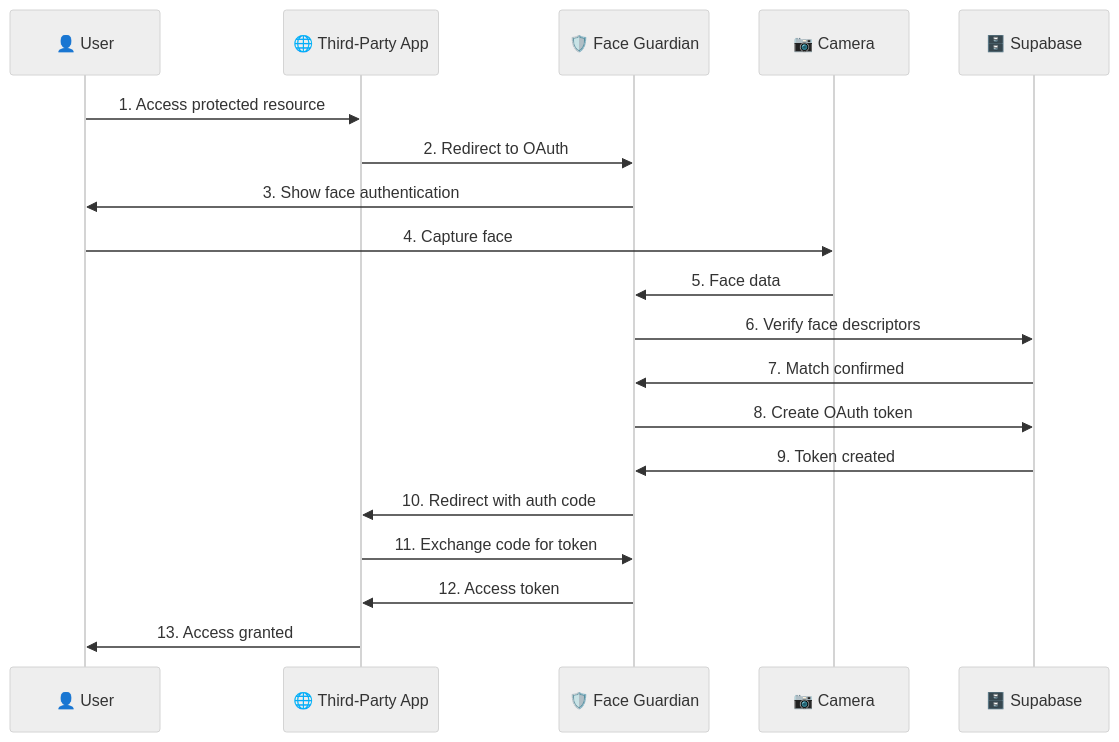
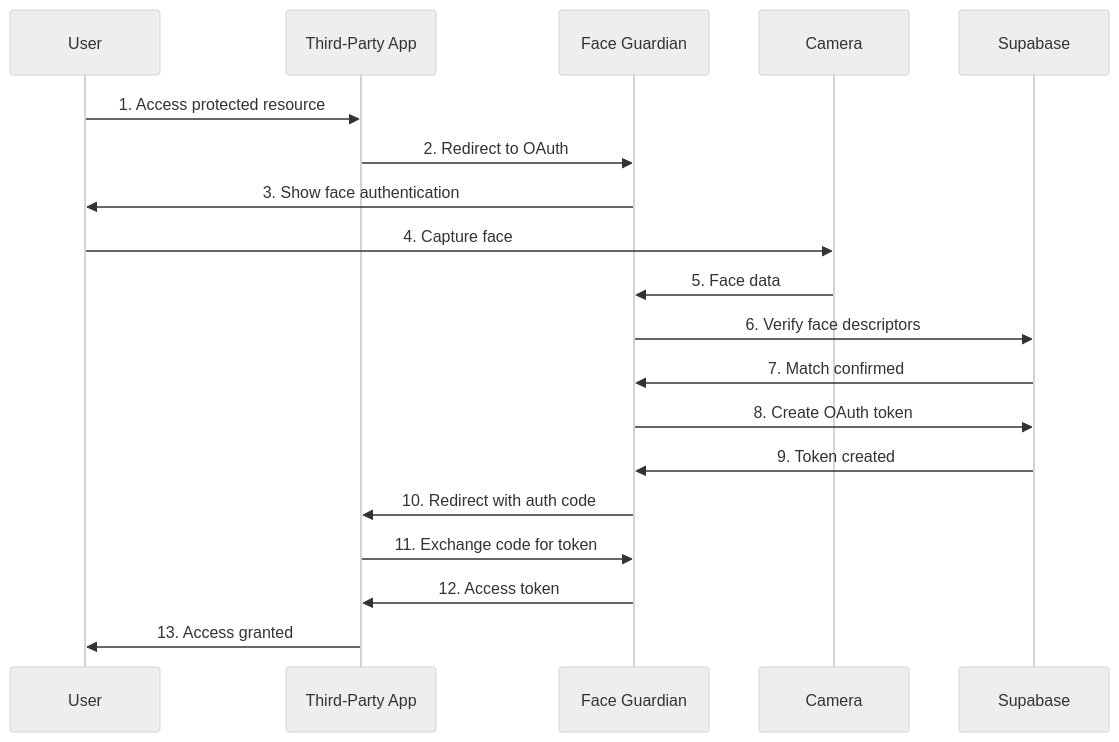
One commit to Cyvid7-Darus10/face-guardian changed the first of 2 diagrams in README.md. Above: the diagram before and after it, drawn with Mermaid (neutral theme). The commit also changed other lines of this file, not shown here.

````diff
--- a/README.md
+++ b/README.md
@@ -244,22 +13,22 @@
 ```mermaid
 sequenceDiagram
-    participant User as 👤 User
-    participant ThirdParty as 🌐 Third-Party App
-    participant FaceGuardian as 🛡️ Face Guardian
-    participant Camera as 📷 Camera
-    participant Database as 🗄️ Supabase
-    
+    participant User
+    participant ThirdParty as Third-Party App
+    participant FaceGuardian as Face Guardian
+    participant Camera
+    participant Database as Supabase
+
     User->>ThirdParty: 1. Access protected resource
     ThirdParty->>FaceGuardian: 2. Redirect to OAuth
     FaceGuardian->>User: 3. Show face authentication
     User->>Camera: 4. Capture face
     Camera->>FaceGuardian: 5. Face data
     FaceGuardian->>Database: 6. Verify face descriptors
     Database->>FaceGuardian: 7. Match confirmed
     FaceGuardian->>Database: 8. Create OAuth token
     Database->>FaceGuardian: 9. Token created
     FaceGuardian->>ThirdParty: 10. Redirect with auth code
     ThirdParty->>FaceGuardian: 11. Exchange code for token
     FaceGuardian->>ThirdParty: 12. Access token
     ThirdParty->>User: 13. Access granted
 ```
````
